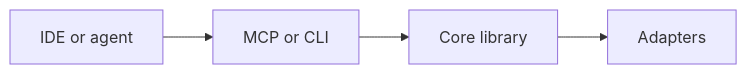
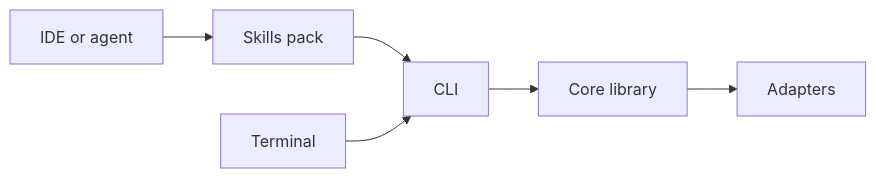
One commit to Troy-LL/trace-anything changed the second of 2 diagrams in README.md. Above: the diagram before and after it, drawn with Mermaid. The commit also changed other lines of this file and 9 other files, not shown here.

Commit message:
Switch the agent interface to skills plus CLI

````diff
--- a/README.md
+++ b/README.md
@@ -158,6 +166,8 @@
 ```mermaid
 flowchart LR
-  A[IDE or agent] --> B[MCP or CLI]
-  B --> C[Core library]
-  C --> D[Adapters]
+  A[IDE or agent] --> B[Skills pack]
+  B --> C[CLI]
+  D[Terminal] --> C
+  C --> E[Core library]
+  E --> F[Adapters]
 ```
````
